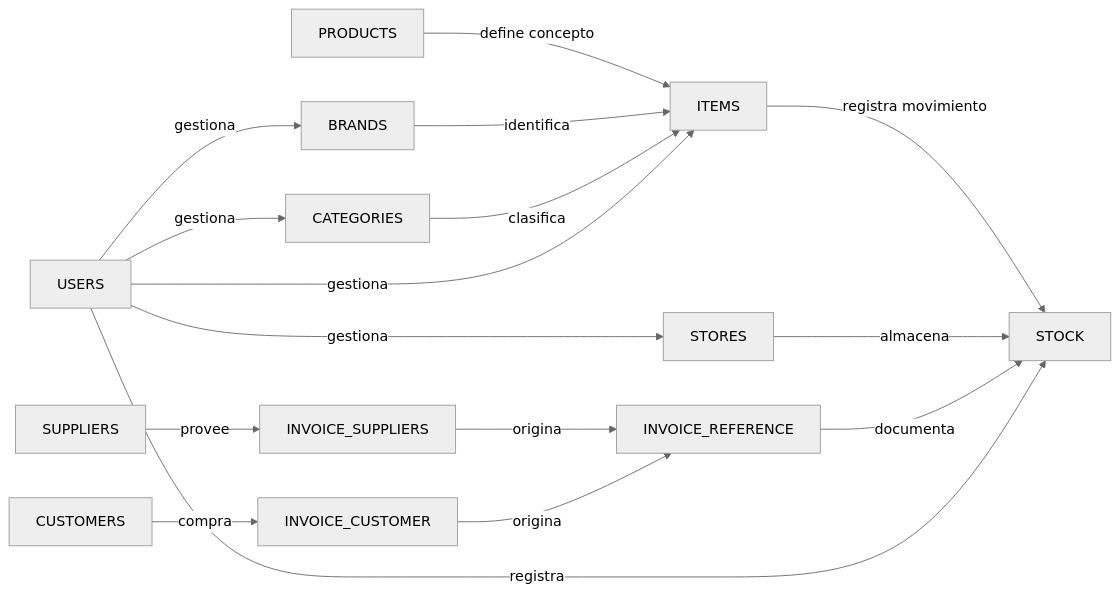
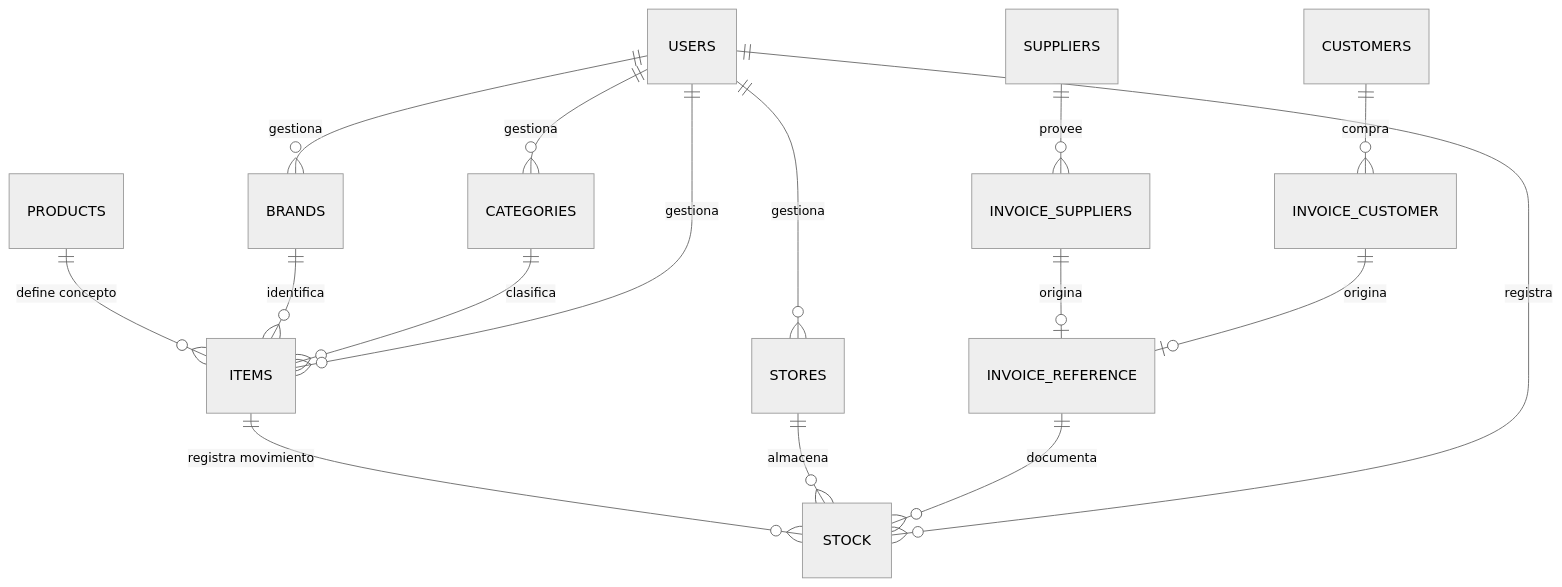
Before and after one commit to carlos-sweb/manifiest: the diagram in src/md/items.md, drawn with Mermaid (neutral theme). The commit also changed 1 other file, not shown here.

Commit message:
feat: replace graph with erDiagram matching the actual data model

````diff
--- a/src/md/items.md
+++ b/src/md/items.md
@@ -29,18 +29,18 @@
 ```mermaid
-graph LR
-  PRODUCTS["PRODUCTS"] -->|"define concepto"| ITEMS["ITEMS"]
-  BRANDS["BRANDS"]    -->|"identifica"| ITEMS
-  CATEGORIES["CATEGORIES"] -->|"clasifica"| ITEMS
-  ITEMS -->|"registra movimiento"| STOCK["STOCK"]
-  STORES["STORES"] -->|"almacena"| STOCK
-  INVOICE_REFERENCE["INVOICE_REFERENCE"] -->|"documenta"| STOCK
-  SUPPLIERS["SUPPLIERS"] -->|"provee"| INVOICE_SUPPLIERS["INVOICE_SUPPLIERS"]
-  CUSTOMERS["CUSTOMERS"] -->|"compra"| INVOICE_CUSTOMER["INVOICE_CUSTOMER"]
-  INVOICE_SUPPLIERS -->|"origina"| INVOICE_REFERENCE
-  INVOICE_CUSTOMER -->|"origina"| INVOICE_REFERENCE
-  USERS["USERS"] -->|"gestiona"| ITEMS
-  USERS -->|"gestiona"| STORES
-  USERS -->|"registra"| STOCK
-  USERS -->|"gestiona"| BRANDS
-  USERS -->|"gestiona"| CATEGORIES
+erDiagram
+  PRODUCTS ||--o{ ITEMS : "define concepto"
+  BRANDS   ||--o{ ITEMS : identifica
+  CATEGORIES ||--o{ ITEMS : clasifica
+  ITEMS    ||--o{ STOCK : "registra movimiento"
+  STORES   ||--o{ STOCK : almacena
+  INVOICE_REFERENCE ||--o{ STOCK : documenta
+  SUPPLIERS ||--o{ INVOICE_SUPPLIERS : provee
+  CUSTOMERS ||--o{ INVOICE_CUSTOMER : compra
+  INVOICE_SUPPLIERS ||--o| INVOICE_REFERENCE : origina
+  INVOICE_CUSTOMER  ||--o| INVOICE_REFERENCE : origina
+  USERS ||--o{ ITEMS : gestiona
+  USERS ||--o{ STORES : gestiona
+  USERS ||--o{ STOCK : registra
+  USERS ||--o{ BRANDS : gestiona
+  USERS ||--o{ CATEGORIES : gestiona
 ```
````
